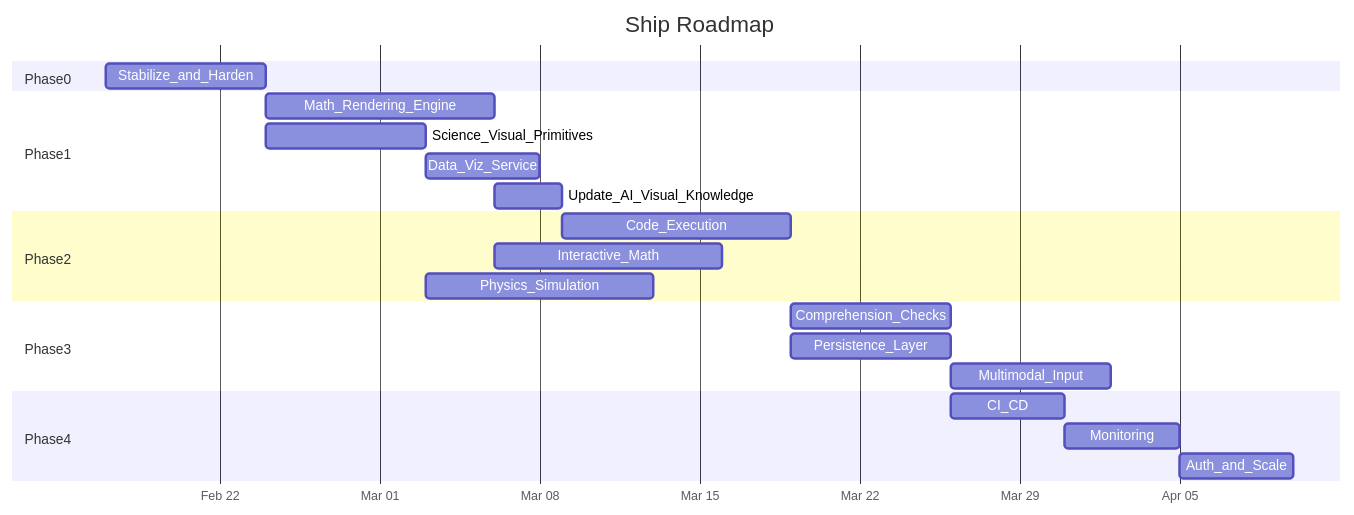
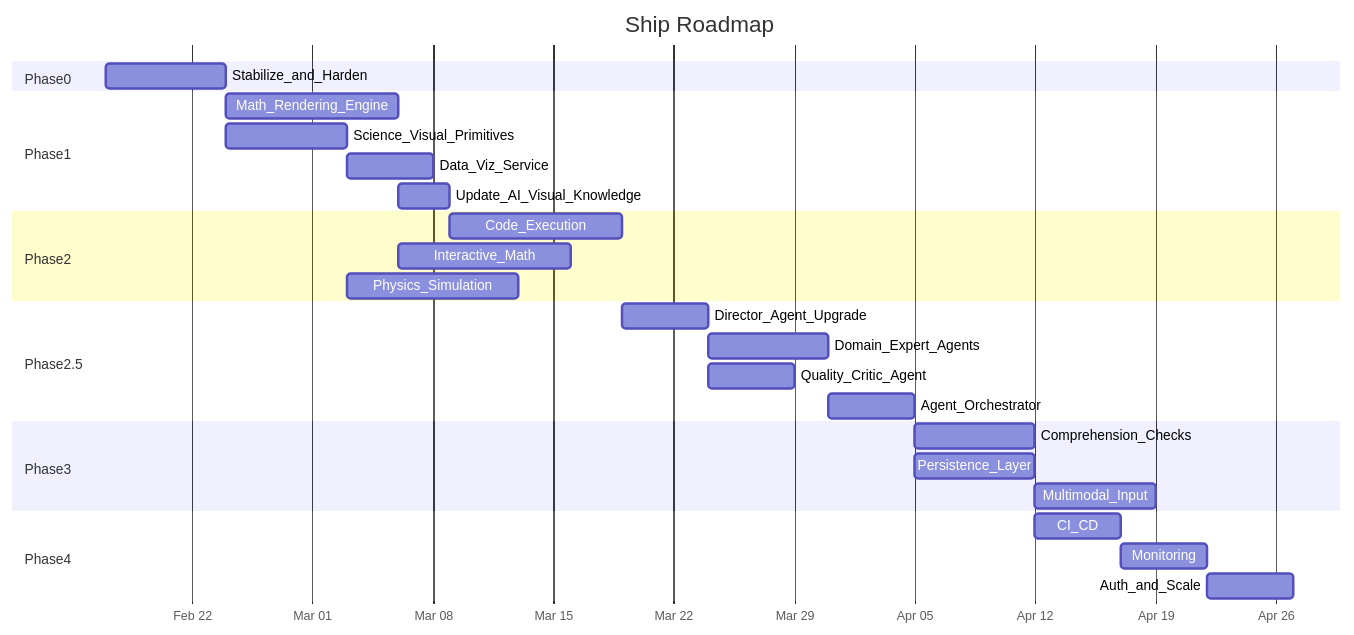
The fourth of 4 diagrams in docs/ROADMAP.md (BabaScience/agentic-presentation-system), drawn with Mermaid before and after one commit. The commit also changed other lines of this file and 12 other files, not shown here.

````diff
--- a/docs/ROADMAP.md
+++ b/docs/ROADMAP.md
@@ -330,30 +470,36 @@
 ```mermaid
 gantt
     title Ship Roadmap
     dateFormat  YYYY-MM-DD
     axisFormat  %b %d
 
     section Phase0
     Stabilize_and_Harden :p0, 2026-02-17, 7d
 
     section Phase1
     Math_Rendering_Engine :p1a, after p0, 10d
     Science_Visual_Primitives :p1b, after p0, 7d
     Data_Viz_Service :p1c, after p1b, 5d
     Update_AI_Visual_Knowledge :p1d, after p1a, 3d
 
     section Phase2
     Code_Execution :p2a, after p1d, 10d
     Interactive_Math :p2b, after p1a, 10d
     Physics_Simulation :p2c, after p1b, 10d
 
+    section Phase2.5
+    Director_Agent_Upgrade :p25a, after p2a, 5d
+    Domain_Expert_Agents :p25b, after p25a, 7d
+    Quality_Critic_Agent :p25c, after p25a, 5d
+    Agent_Orchestrator :p25d, after p25b, 5d
+
     section Phase3
-    Comprehension_Checks :p3a, after p2a, 7d
-    Persistence_Layer :p3b, after p2a, 7d
+    Comprehension_Checks :p3a, after p25d, 7d
+    Persistence_Layer :p3b, after p25d, 7d
     Multimodal_Input :p3c, after p3a, 7d
 
     section Phase4
     CI_CD :p4a, after p3b, 5d
     Monitoring :p4b, after p4a, 5d
     Auth_and_Scale :p4c, after p4b, 5d
 ```
````
